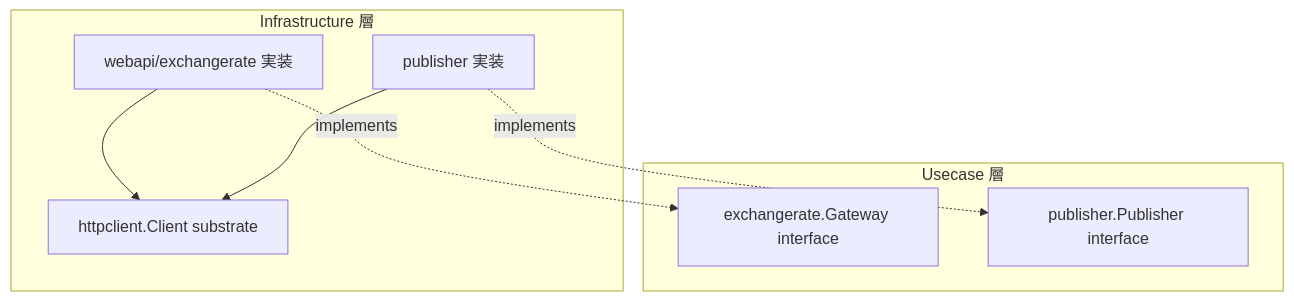
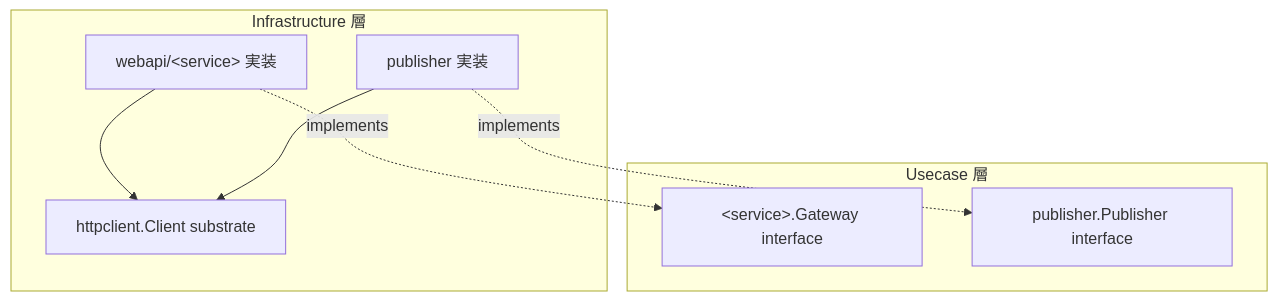
Before and after one commit to Tomy-ch/go-boilerplate: the diagram in internal/infrastructure/httpclient/README.ja.md, drawn with Mermaid. The commit also changed 114 other files, not shown here.

````diff
--- a/internal/infrastructure/httpclient/README.ja.md
+++ b/internal/infrastructure/httpclient/README.ja.md
@@ -9,17 +9,17 @@
 ```mermaid
 flowchart TB
     subgraph "Usecase 層"
-        GW["exchangerate.Gateway interface"]
+        GW["&lt;service&gt;.Gateway interface"]
         PUB["publisher.Publisher interface"]
     end
     subgraph "Infrastructure 層"
-        GWImpl["webapi/exchangerate 実装"]
+        GWImpl["webapi/&lt;service&gt; 実装"]
         PUBImpl["publisher 実装"]
         Sub["httpclient.Client substrate"]
     end
 
     GWImpl -. implements .-> GW
     PUBImpl -. implements .-> PUB
     GWImpl --> Sub
     PUBImpl --> Sub
 ```
````
